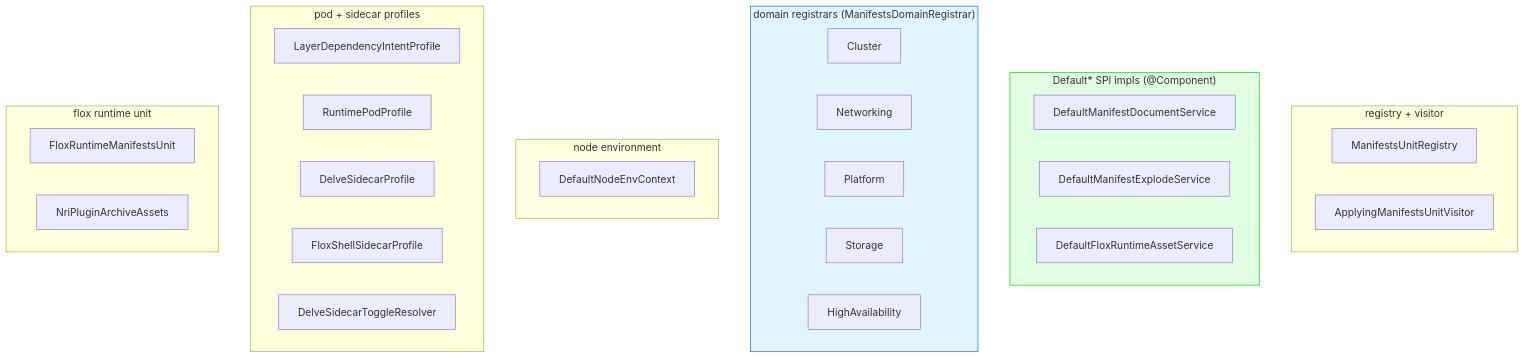
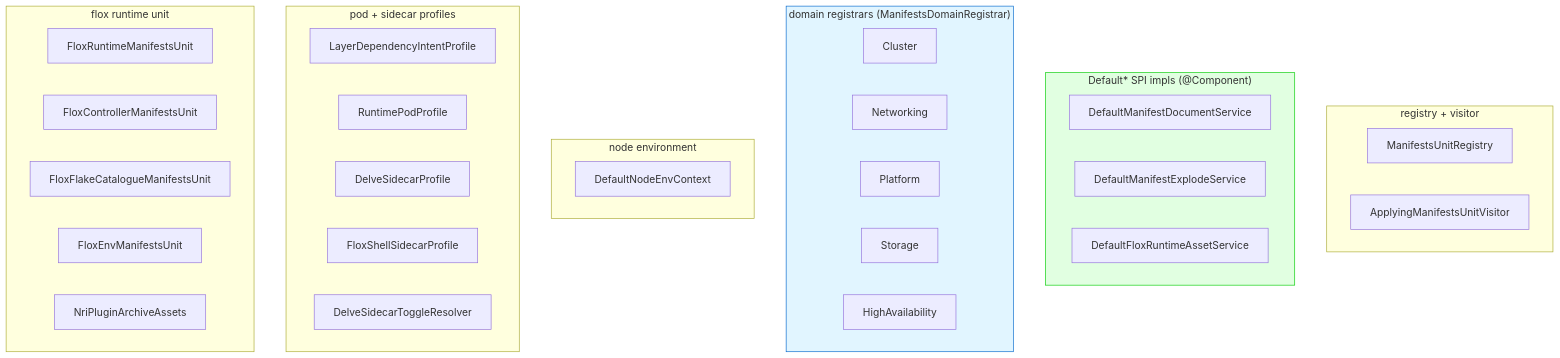
One commit to nxmatic/rke2lab changed the sixth of 6 diagrams in docs/architecture/manifests/manifests-architecture.adoc. Above: the diagram before and after it, drawn with Mermaid. The commit also changed other lines of this file and 14 other files, not shown here.

First line of the commit message:
feat(manifests): flox-controller catalogue source + FloxEnv CRs (kdns); retire dead nri-plugin resources

```diff
--- a/docs/architecture/manifests/manifests-architecture.adoc
+++ b/docs/architecture/manifests/manifests-architecture.adoc
@@ -536,36 +536,39 @@
 [mermaid]
 ----
 graph TB
     subgraph reg["registry + visitor"]
       RG["ManifestsUnitRegistry"]
       VIS["ApplyingManifestsUnitVisitor"]
     end
     subgraph svc["Default* SPI impls (@Component)"]
       DDOC["DefaultManifestDocumentService"]
       DEXP["DefaultManifestExplodeService"]
       DFLOX["DefaultFloxRuntimeAssetService"]
     end
     subgraph regs["domain registrars (ManifestsDomainRegistrar)"]
       RC["Cluster"]
       RN["Networking"]
       RP["Platform"]
       RS["Storage"]
       RH["HighAvailability"]
     end
     subgraph node["node environment"]
       DNEC["DefaultNodeEnvContext"]
     end
     subgraph prof["pod + sidecar profiles"]
       LDIP["LayerDependencyIntentProfile"]
       RPP["RuntimePodProfile"]
       DSP["DelveSidecarProfile"]
       FSSP["FloxShellSidecarProfile"]
       DSTR["DelveSidecarToggleResolver"]
     end
     subgraph flox["flox runtime unit"]
       FRMU["FloxRuntimeManifestsUnit"]
+      FCMU["FloxControllerManifestsUnit"]
+      FFCU["FloxFlakeCatalogueManifestsUnit"]
+      FEMU["FloxEnvManifestsUnit"]
       NRI["NriPluginArchiveAssets"]
     end
     style svc fill:#e1ffe1,stroke:#00cc00
     style regs fill:#e1f5ff,stroke:#0066cc
 ----
```
